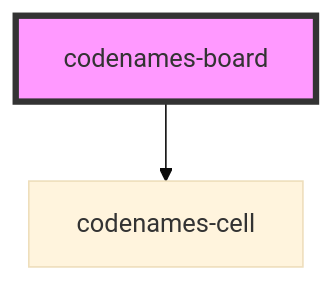
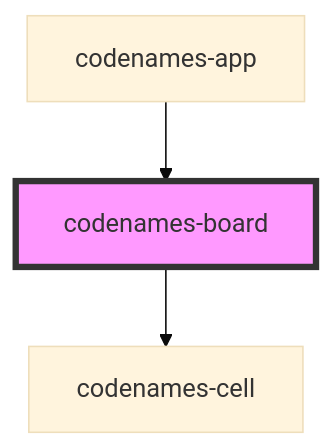
The diagram in src/components/codenames-board/readme.md (nelspd915/codenames), drawn with Mermaid (base theme) before and after one commit. The commit also changed other lines of this file and 8 other files, not shown here.

Commit message:
feat: add codenames-app component

````diff
--- a/src/components/codenames-board/readme.md
+++ b/src/components/codenames-board/readme.md
@@ -22,5 +26,6 @@
 ```mermaid
 graph TD;
   codenames-board --> codenames-cell
+  codenames-app --> codenames-board
   style codenames-board fill:#f9f,stroke:#333,stroke-width:4px
 ```
````
